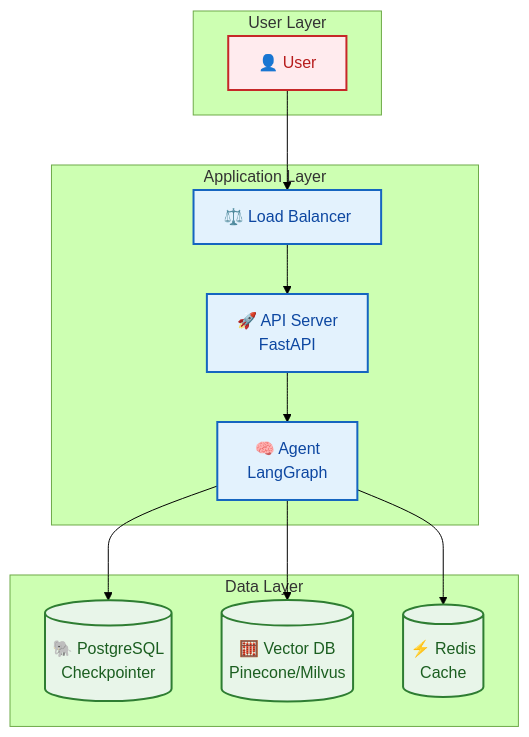
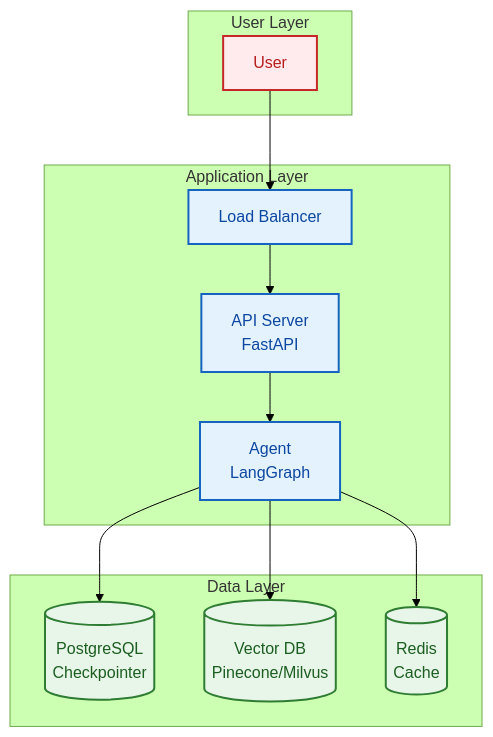
One commit to xt765/FinchBot changed the first of 2 diagrams in docs/en-US/deployment.md. Above: the diagram before and after it, drawn with Mermaid (forest theme). The commit also changed other lines of this file and 18 other files, not shown here.

First line of the commit message:
docs: 简化架构图并删除所有mermaid图中的表情包

````diff
--- a/docs/en-US/deployment.md
+++ b/docs/en-US/deployment.md
@@ -117,28 +186,27 @@
 ```mermaid
 flowchart TB
-    %% Style Definitions
     classDef userLayer fill:#ffebee,stroke:#c62828,stroke-width:2px,color:#b71c1c;
     classDef appLayer fill:#e3f2fd,stroke:#1565c0,stroke-width:2px,color:#0d47a1;
     classDef dataLayer fill:#e8f5e9,stroke:#2e7d32,stroke-width:2px,color:#1b5e20;
 
     subgraph Users [User Layer]
-        U[👤 User]:::userLayer
+        U[User]:::userLayer
     end
 
     subgraph App [Application Layer]
-        LB[⚖️ Load Balancer]:::appLayer
-        API[🚀 API Server<br/>FastAPI]:::appLayer
-        Agent[🧠 Agent<br/>LangGraph]:::appLayer
+        LB[Load Balancer]:::appLayer
+        API[API Server<br/>FastAPI]:::appLayer
+        Agent[Agent<br/>LangGraph]:::appLayer
     end
 
     subgraph Data [Data Layer]
-        PG[(🐘 PostgreSQL<br/>Checkpointer)]:::dataLayer
-        Vector[(🧮 Vector DB<br/>Pinecone/Milvus)]:::dataLayer
-        Redis[(⚡ Redis<br/>Cache)]:::dataLayer
+        PG[(PostgreSQL<br/>Checkpointer)]:::dataLayer
+        Vector[(Vector DB<br/>Pinecone/Milvus)]:::dataLayer
+        Redis[(Redis<br/>Cache)]:::dataLayer
     end
 
     U --> LB
     LB --> API
     API --> Agent
     Agent --> PG & Vector & Redis
 ```
````
